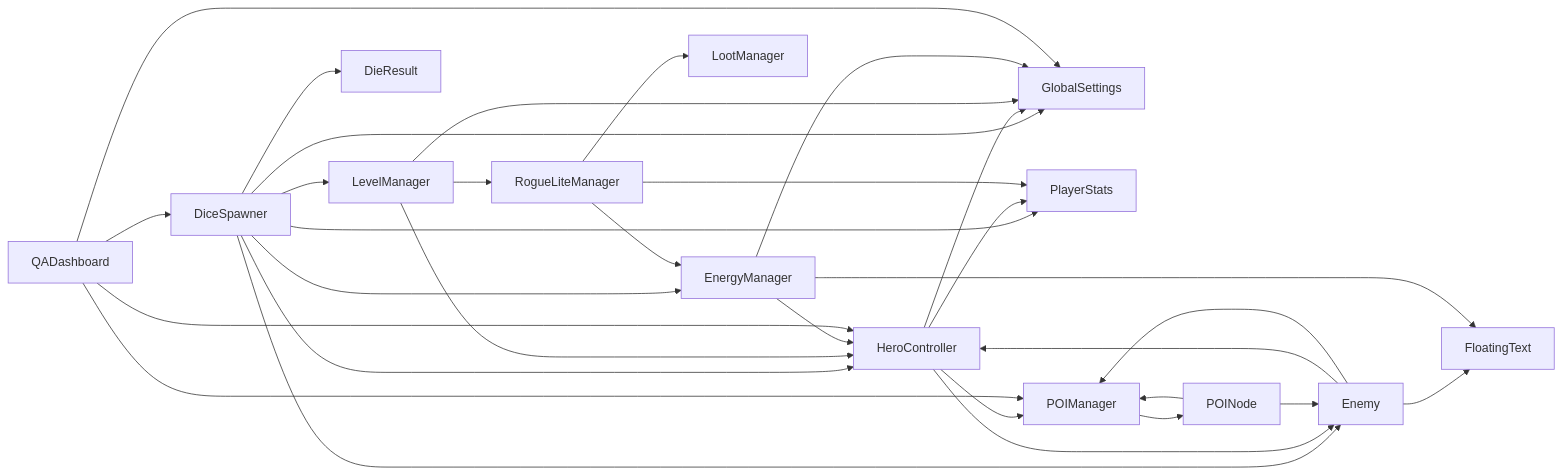
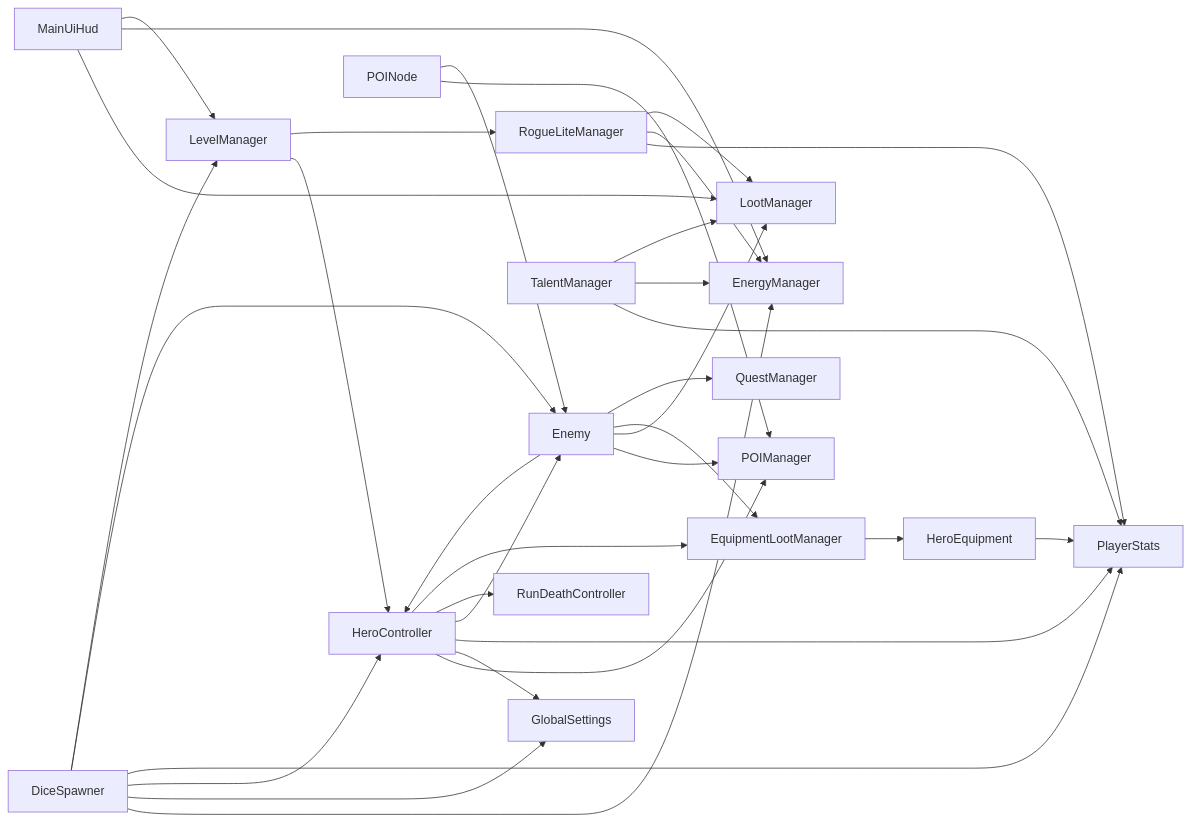
One commit to czyzem-stack/fatesRoll changed the second of 6 diagrams in docs/ARCHITECTURE.md. Above: the diagram before and after it, drawn with Mermaid. The commit also changed other lines of this file and 3 other files, not shown here.

Commit message:
Refresh ARCHITECTURE for bootstrap flow, meta UI, and equipment loot foundation

````diff
--- a/docs/ARCHITECTURE.md
+++ b/docs/ARCHITECTURE.md
@@ -96,41 +94,43 @@
 ```mermaid
 graph LR
     DiceSpawner --> EnergyManager
     DiceSpawner --> GlobalSettings
     DiceSpawner --> HeroController
     DiceSpawner --> PlayerStats
     DiceSpawner --> Enemy
     DiceSpawner --> LevelManager
-    DiceSpawner --> DieResult
 
     HeroController --> POIManager
     HeroController --> GlobalSettings
     HeroController --> PlayerStats
     HeroController --> Enemy
+    HeroController --> RunDeathController
+    HeroController --> EquipmentLootManager
+
+    Enemy --> HeroController
+    Enemy --> POIManager
+    Enemy --> LootManager
+    Enemy --> EquipmentLootManager
+    Enemy --> QuestManager
 
     POINode --> POIManager
     POINode --> Enemy
 
-    Enemy --> HeroController
-    Enemy --> POIManager
-    Enemy --> FloatingText
-
-    POIManager --> POINode
-
     LevelManager --> HeroController
-    LevelManager --> GlobalSettings
     LevelManager --> RogueLiteManager
 
     RogueLiteManager --> PlayerStats
     RogueLiteManager --> EnergyManager
     RogueLiteManager --> LootManager
 
-    EnergyManager --> GlobalSettings
-    EnergyManager --> HeroController
-    EnergyManager --> FloatingText
+    TalentManager --> PlayerStats
+    TalentManager --> EnergyManager
+    TalentManager --> LootManager
 
-    QADashboard --> HeroController
-    QADashboard --> DiceSpawner
-    QADashboard --> POIManager
-    QADashboard --> GlobalSettings
+    EquipmentLootManager --> HeroEquipment
+    HeroEquipment --> PlayerStats
+
+    MainUiHud --> LootManager
+    MainUiHud --> EnergyManager
+    MainUiHud --> LevelManager
 ```
````
